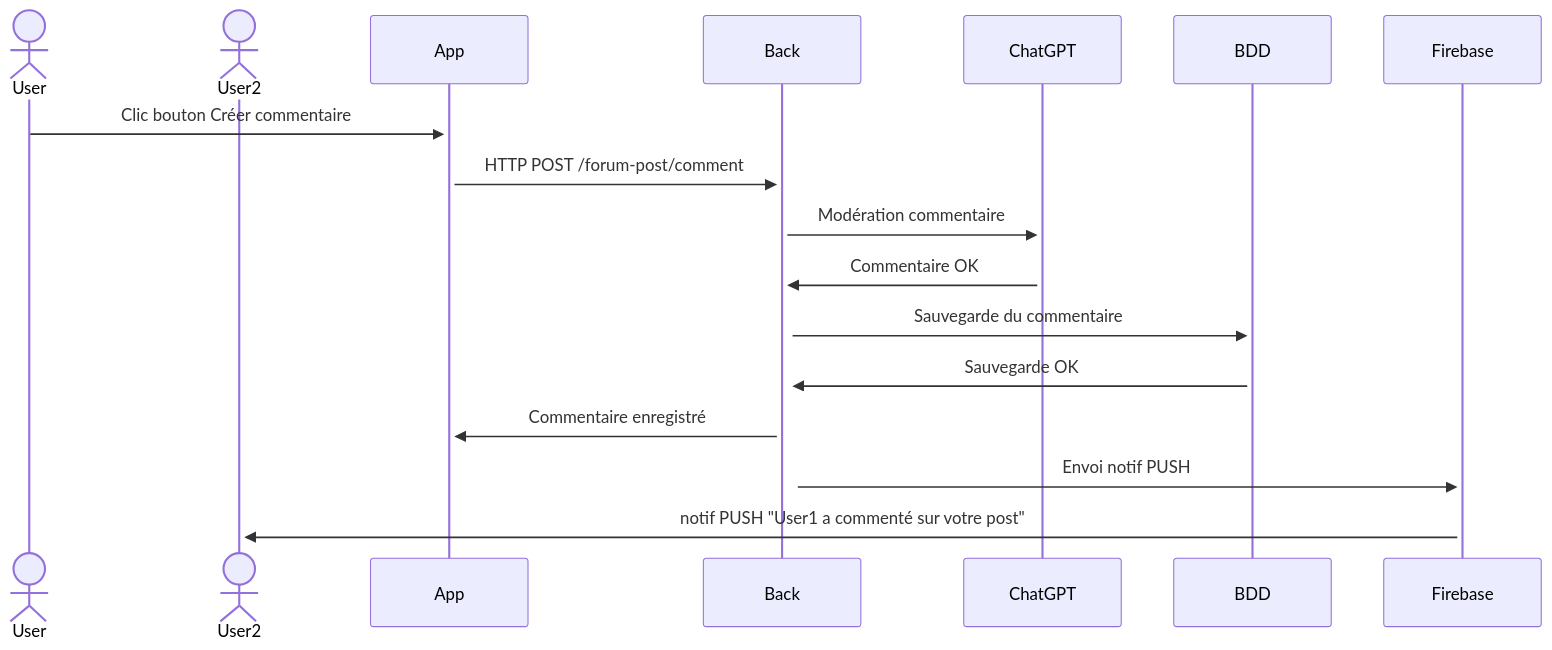
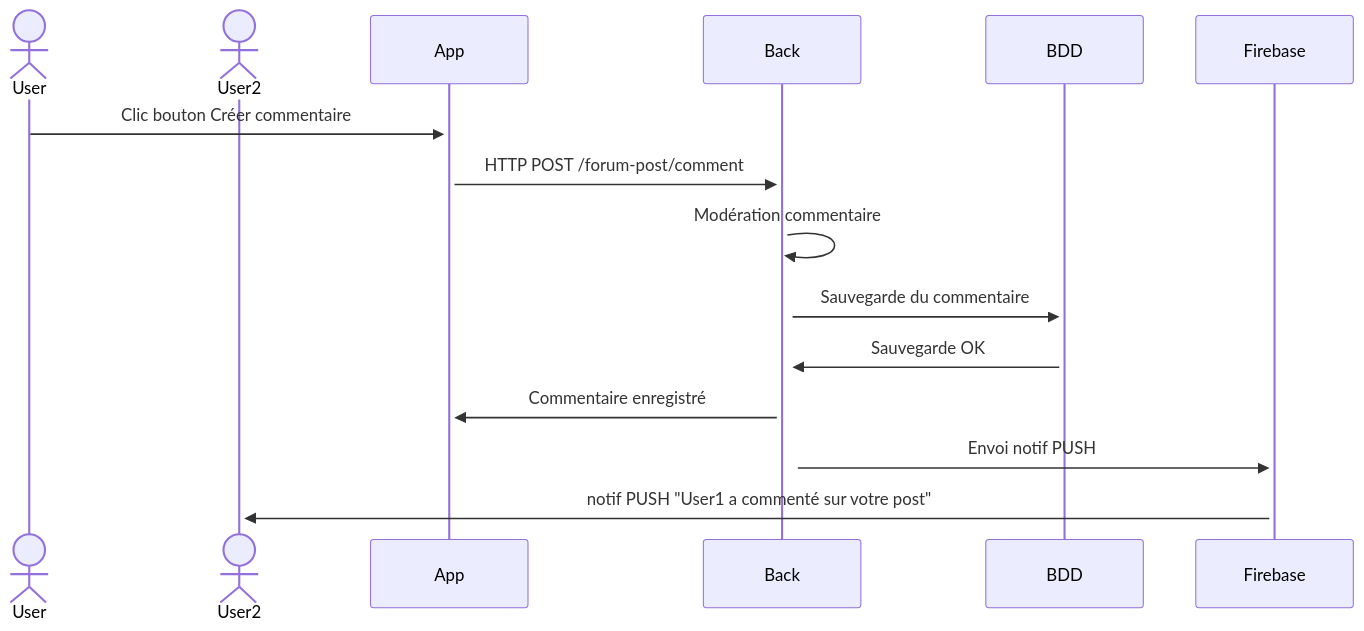
One commit to Kaylana1968/kook-ink changed the first of 4 diagrams in DIAGRAMS.md. Above: the diagram before and after it, drawn with Mermaid.

````diff
--- a/DIAGRAMS.md
+++ b/DIAGRAMS.md
@@ -3,14 +3,13 @@
 ```mermaid
 sequenceDiagram
     actor User
     actor User2
     User->>+App: Clic bouton Créer commentaire
     App->>+Back: HTTP POST /forum-post/comment
-    Back->>+ChatGPT: Modération commentaire
-    ChatGPT->>+Back: Commentaire OK
+    Back->>+Back: Modération commentaire
     Back->>+BDD: Sauvegarde du commentaire
     BDD->>+Back: Sauvegarde OK
     Back->>+App: Commentaire enregistré
     Back->>+Firebase: Envoi notif PUSH
     Firebase->>+User2: notif PUSH "User1 a commenté sur votre post"
 ```
````
